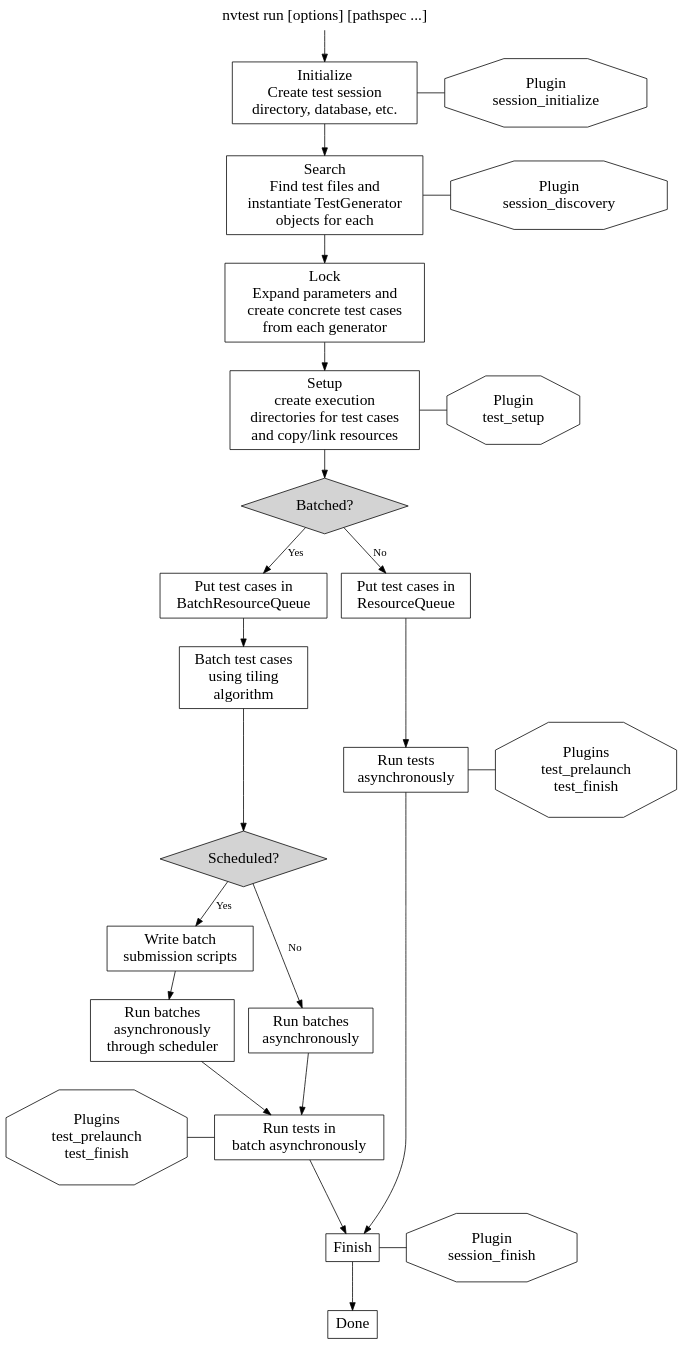
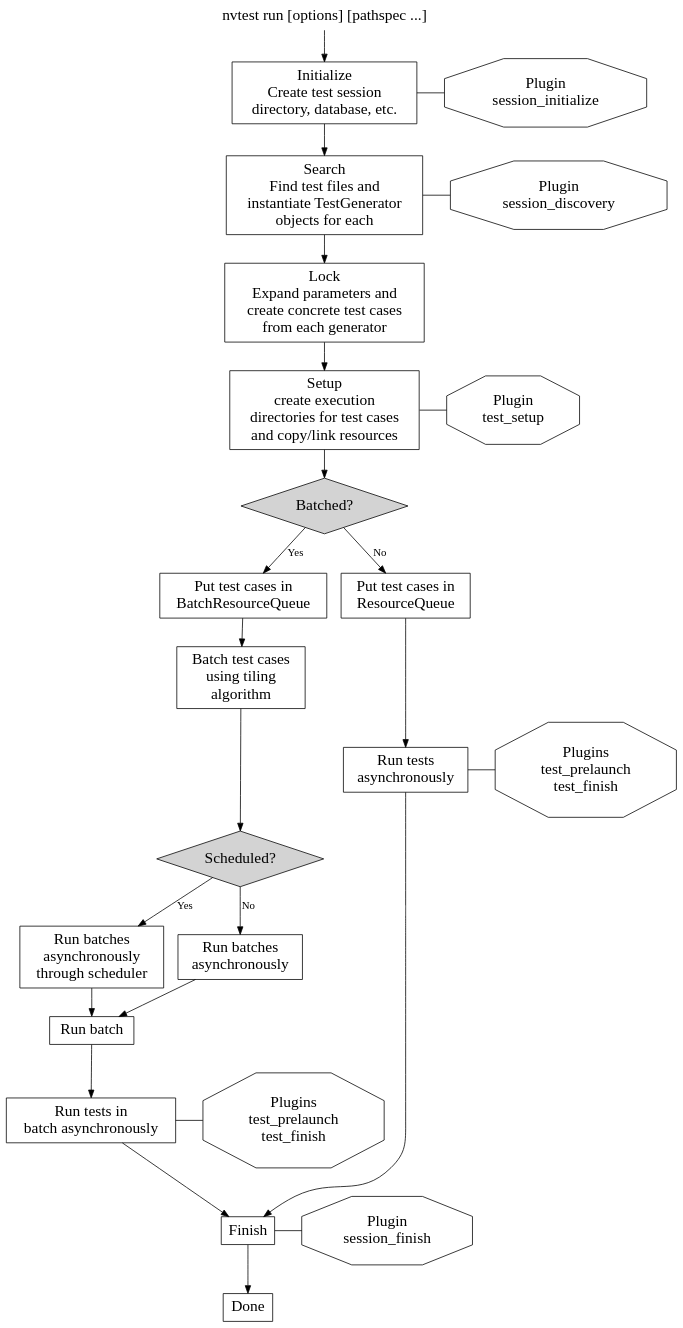
One commit to sandialabs/canary changed the diagram in docs/source/dot/Design.dot. Above: the diagram before and after it, drawn with Graphviz. The commit also changed 2 other files, not shown here.

Commit message:
update design flow document

```diff
--- a/docs/source/dot/Design.dot
+++ b/docs/source/dot/Design.dot
@@ -1,165 +1,165 @@
 digraph G {
 
 bgcolor=transparent;
 overlap=compress;
 rankdir=TB;
 
 node[
   fontname=Monaco,
   penwidth=1,
   fontsize=20,
   margin=.1,
   shape=box,
   ordering=out
 ]
 
 run [
   label="nvtest run [options] [pathspec ...]",
   shape="plaintext",
   href="https://cee-gitlab.sandia.gov/ascic-test-infra/nvtest/-/blob/main/src/_nvtest/plugins/commands/nvtest_run.py?ref_type=heads"
 ]
 
 plug_test_run [
   label="Plugins\ntest_prelaunch\ntest_finish",
   shape="octagon",
   href="https://cee-gitlab.sandia.gov/ascic-test-infra/nvtest/-/blob/main/src/_nvtest/plugin.py?ref_type=heads#L70"
 ]
 plug_test_run_b1 [
   label="Plugins\ntest_prelaunch\ntest_finish",
   shape="octagon",
   href="https://cee-gitlab.sandia.gov/ascic-test-infra/nvtest/-/blob/main/src/_nvtest/plugin.py?ref_type=heads#L70"
 ]
 init [
   label="Initialize\nCreate test session\ndirectory, database, etc.",
   href="https://cee-gitlab.sandia.gov/ascic-test-infra/nvtest/-/blob/main/src/_nvtest/session.py?ref_type=heads"
 ]
 search [
   label="Search\nFind test files and\ninstantiate TestGenerator\nobjects for each",
   href="https://cee-gitlab.sandia.gov/ascic-test-infra/nvtest/-/blob/main/src/_nvtest/finder.py?ref_type=heads"
 ]
 lock [
   label="Lock\nExpand parameters and\ncreate concrete test cases\nfrom each generator",
   href="https://cee-gitlab.sandia.gov/ascic-test-infra/nvtest/-/blob/main/src/_nvtest/finder.py?ref_type=heads#L161"
 ]
 setup [
   label="Setup\ncreate execution\ndirectories for test cases\nand copy/link resources",
   href="https://cee-gitlab.sandia.gov/ascic-test-infra/nvtest/-/blob/main/src/_nvtest/test/case.py?ref_type=heads#L806"
 ]
 finish [label="Finish"]
 done [label="Done"]
 
 plug_session_init [
   label="Plugin\nsession_initialize",
   shape="octagon",
   href="https://cee-gitlab.sandia.gov/ascic-test-infra/nvtest/-/blob/main/src/_nvtest/session.py?ref_type=heads#L175",
 ]
 plug_session_discovery [
   label="Plugin\nsession_discovery",
   shape="octagon",
   href="https://cee-gitlab.sandia.gov/ascic-test-infra/nvtest/-/blob/main/src/_nvtest/session.py?ref_type=heads#L402",
 ]
 plug_session_finish [
   label="Plugin\nsession_finish",
   shape="octagon"
 ]
 plug_test_setup [
   label="Plugin\ntest_setup",
   shape="octagon",
   href="https://cee-gitlab.sandia.gov/ascic-test-infra/nvtest/-/blob/main/src/_nvtest/test/case.py?ref_type=heads#L818"
 ]
 
   queue [
     label="Put test cases in\nResourceQueue",
     href="https://cee-gitlab.sandia.gov/ascic-test-infra/nvtest/-/blob/main/src/_nvtest/queues.py?ref_type=heads#L203"
   ]
   batch_queue [
     label="Put test cases in\nBatchResourceQueue",
     href="https://cee-gitlab.sandia.gov/ascic-test-infra/nvtest/-/blob/main/src/_nvtest/queues.py?ref_type=heads#L264"
   ]
 
   batched [
     label="Batched?",
     fixedsize="true",
     width="3",
     height="1",
     shape="diamond",
     style="filled",
     href="https://cee-gitlab.sandia.gov/ascic-test-infra/nvtest/-/blob/main/src/_nvtest/test/batch.py?ref_type=heads"
   ]
   batch_cases [
     label="Batch test cases\nusing tiling\nalgorithm",
     href="https://cee-gitlab.sandia.gov/ascic-test-infra/nvtest/-/blob/main/src/_nvtest/util/partition.py?ref_type=heads#L53"
 
   ]
-  write_batch [
-    label="Write batch\nsubmission scripts",
-    href="https://cee-gitlab.sandia.gov/ascic-test-infra/nvtest/-/blob/main/src/_nvtest/plugins/runners/nvtest_slurm.py?ref_type=heads#L39"
+  run_batch [
+    label="Run batch",
+    href="https://cee-gitlab.sandia.gov/ascic-test-infra/nvtest/-/blob/main/src/_nvtest/plugins/runners/nvtest_slurm.py?ref_type=heads#L77"
   ]
 
   scheduled [
     label="Scheduled?",
     fixedsize="true",
     width="3",
     height="1",
     shape="diamond",
     style="filled"
   ]
   run_batched_sched [
     label="Run batches\nasynchronously\nthrough scheduler",
     href="https://cee-gitlab.sandia.gov/ascic-test-infra/nvtest/-/blob/main/src/_nvtest/runners.py?ref_type=heads#L116"
   ]
   run_async_b1 [
     label="Run tests in\nbatch asynchronously",
     href="https://cee-gitlab.sandia.gov/ascic-test-infra/nvtest/-/blob/main/src/_nvtest/runners.py?ref_type=heads#L26"
   ]
 
   run_batched_no_sched [
     label="Run batches\nasynchronously",
     href="https://cee-gitlab.sandia.gov/ascic-test-infra/nvtest/-/blob/main/src/_nvtest/runners.py?ref_type=heads#L116"
   ]
 
   run_async [
     label="Run tests\nasynchronously",
     href="https://cee-gitlab.sandia.gov/ascic-test-infra/nvtest/-/blob/main/src/_nvtest/runners.py?ref_type=heads#L26"
   ]
 
   nothing1 [style="invis" label="          "]
   nothing2 [style="invis" label="          "]
 
   batched -> batch_queue [label="Yes"]
   batch_queue -> batch_cases -> scheduled
-  scheduled -> write_batch [label="Yes"]
-  write_batch -> run_batched_sched
-  run_batched_sched -> run_async_b1 //nothing1 [style="invis"]
+  scheduled -> run_batched_sched [label="Yes"]
+  run_batched_sched -> run_batch
+  run_batch -> run_async_b1 //nothing1 [style="invis"]
   plug_test_run_b1 -> run_async_b1 [arrowhead="none"]
 
   scheduled -> run_batched_no_sched [label="No"]
-  run_batched_no_sched -> run_async_b1 //nothing2 [style="invis"]
+  run_batched_no_sched -> run_batch
 
   batched -> queue [label="No"]
   queue -> run_async
   run_async -> plug_test_run [arrowhead="none"]
   run_async -> finish
 
   run -> init
   init -> plug_session_init [arrowhead="none"]
   init -> search
   search -> plug_session_discovery [arrowhead="none"]
   search -> lock -> setup
   setup -> plug_test_setup [arrowhead="none"]
   setup -> batched
 
   run_async_b1 -> finish
 
   finish -> plug_session_finish [arrowhead="none"]
   finish -> done
 
   {rank="same"; init; plug_session_init;}
   {rank="same"; search; plug_session_discovery;}
   {rank="same"; setup; plug_test_setup;}
   {rank="same"; plug_test_run; run_async;}
   {rank="same"; finish; plug_session_finish;}
   {rank="same"; run_async_b1; plug_test_run_b1}
   {rank="same"; run_batched_no_sched; run_batched_sched}
 
 }
```
